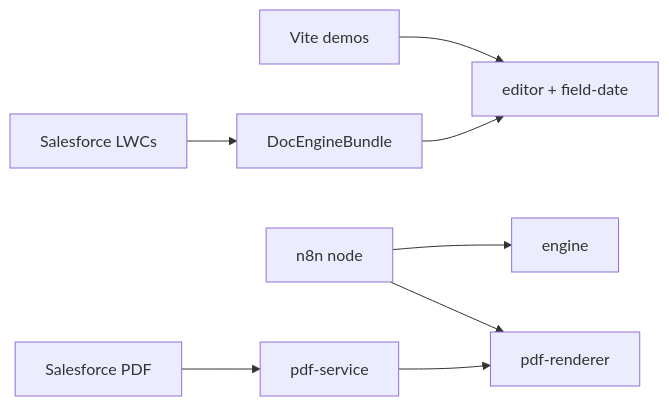
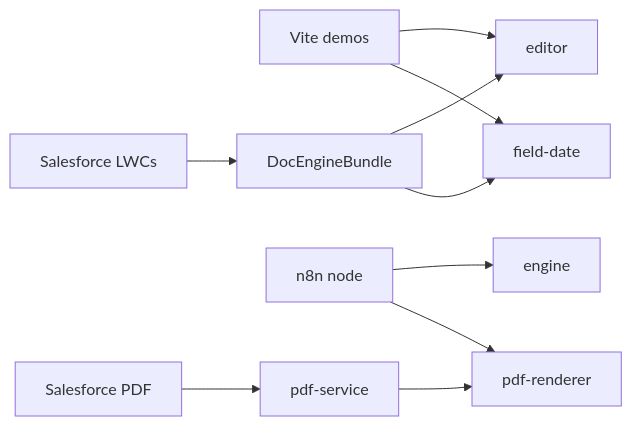
One commit to YuriOsipov/docEngine changed the second of 2 diagrams in README.md. Above: the diagram before and after it, drawn with Mermaid. The commit also changed other lines of this file and 4 other files, not shown here.

Commit message:
Use docEngine as the createEditor instance name in docs and demos.

````diff
--- a/README.md
+++ b/README.md
@@ -57,10 +57,12 @@
 ```mermaid
 flowchart LR
-  Demos["Vite demos"] --> Editor["editor + field-date"]
+  Demos["Vite demos"] --> Editor["editor"]
+  Demos --> Date["field-date"]
   SF["Salesforce LWCs"] --> Bundle["DocEngineBundle"]
   Bundle --> Editor
+  Bundle --> Date
   N8N["n8n node"] --> Engine["engine"]
   N8N --> PDF["pdf-renderer"]
   PdfSvc["pdf-service"] --> PDF
   SfPdf["Salesforce PDF"] --> PdfSvc
 ```
````
